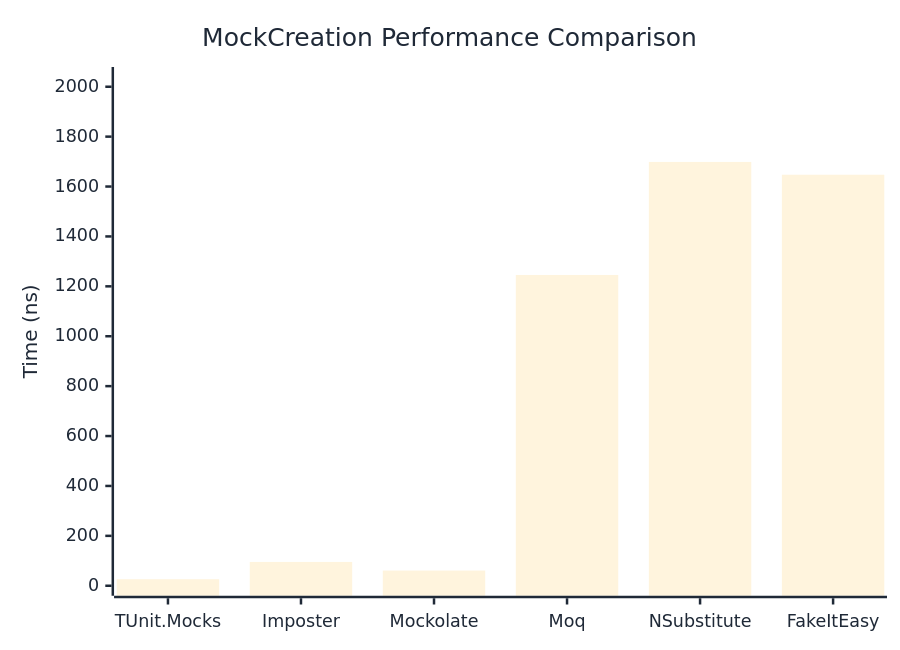
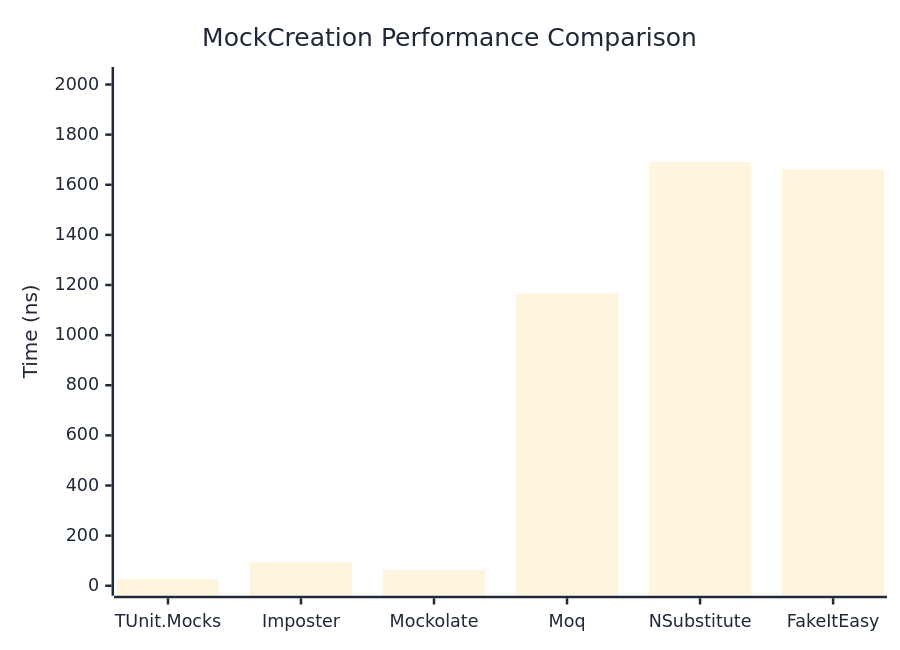
Before and after one commit to thomhurst/TUnit: the first of 2 diagrams in docs/docs/benchmarks/mocks/MockCreation.md, drawn with Mermaid. The commit also changed other lines of this file and 14 other files, not shown here.

````diff
--- a/docs/docs/benchmarks/mocks/MockCreation.md
+++ b/docs/docs/benchmarks/mocks/MockCreation.md
@@ -28,27 +28,27 @@
 ```mermaid
 %%{init: {
   'theme':'base',
   'themeVariables': {
     'primaryColor': '#2563eb',
     'primaryTextColor': '#1f2937',
     'primaryBorderColor': '#1e40af',
     'lineColor': '#6b7280',
     'secondaryColor': '#7c3aed',
     'tertiaryColor': '#dc2626',
     'background': '#ffffff',
     'pie1': '#2563eb',
     'pie2': '#7c3aed',
     'pie3': '#dc2626',
     'pie4': '#f59e0b',
     'pie5': '#10b981',
     'pie6': '#06b6d4',
     'pie7': '#ec4899',
     'pie8': '#6366f1'
   }
 }}%%
 xychart-beta
   title "MockCreation Performance Comparison"
   x-axis ["TUnit.Mocks", "Imposter", "Mockolate", "Moq", "NSubstitute", "FakeItEasy"]
-  y-axis "Time (ns)" 0 --> 2039
-  bar [26.23, 95.47, 60.9, 1245.6, 1698.57, 1647.29]
+  y-axis "Time (ns)" 0 --> 2030
+  bar [26.21, 93.6, 62.5, 1166.83, 1691.38, 1662.16]
 ```
````
